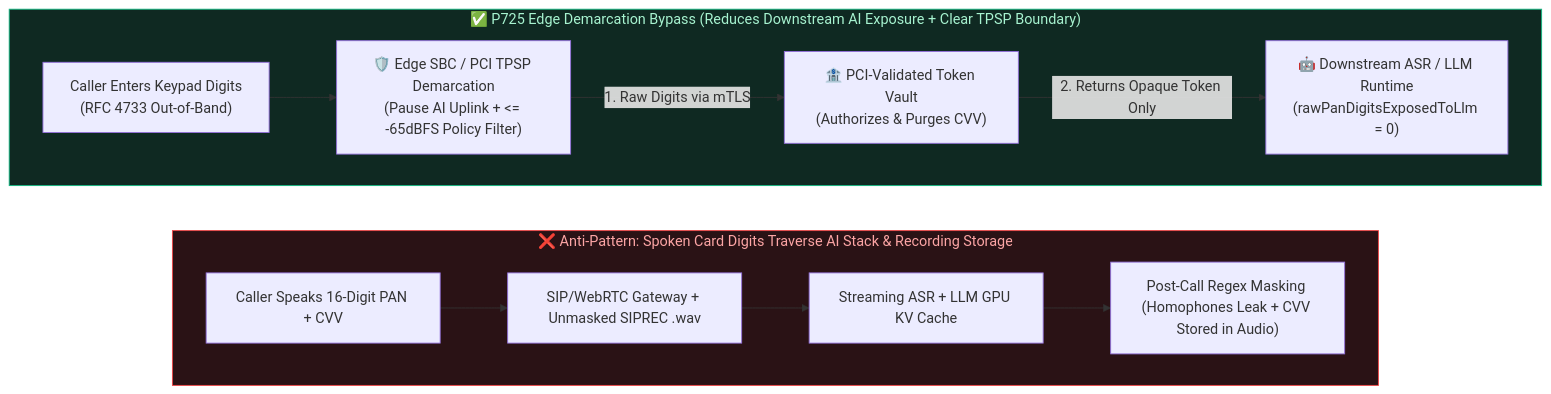
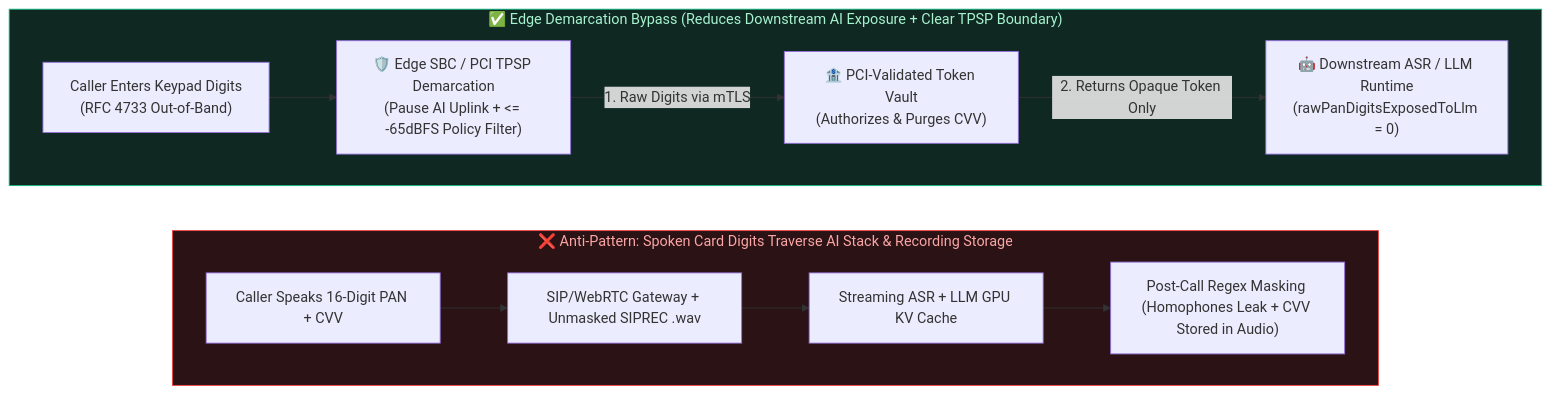
One commit to turbo998/voice-agent-lab changed the second of 3 diagrams in docs/voice-pci-dtmf-scope-faq.en.md. Above: the diagram before and after it, drawn with Mermaid. The commit also changed other lines of this file and 715 other files, not shown here.

````diff
--- a/docs/voice-pci-dtmf-scope-faq.en.md
+++ b/docs/voice-pci-dtmf-scope-faq.en.md
@@ -82,19 +82,19 @@
 ```mermaid
 flowchart LR
-    subgraph ExposedFlow["❌ Anti-Pattern: Spoken Card Digits Traverse AI Stack & Recording Storage"]
-        direction LR
-        X1["Caller Speaks 16-Digit PAN + CVV"] --> X2["SIP/WebRTC Gateway + Unmasked SIPREC .wav"]
-        X2 --> X3["Streaming ASR + LLM GPU KV Cache"]
-        X3 --> X4["Post-Call Regex Masking (Homophones Leak + CVV Stored in Audio)"]
-    end
+ subgraph ExposedFlow["❌ Anti-Pattern: Spoken Card Digits Traverse AI Stack & Recording Storage"]
+ direction LR
+ X1["Caller Speaks 16-Digit PAN + CVV"] --> X2["SIP/WebRTC Gateway + Unmasked SIPREC .wav"]
+ X2 --> X3["Streaming ASR + LLM GPU KV Cache"]
+ X3 --> X4["Post-Call Regex Masking (Homophones Leak + CVV Stored in Audio)"]
+ end
 
-    subgraph DemarcatedFlow["✅ P725 Edge Demarcation Bypass (Reduces Downstream AI Exposure + Clear TPSP Boundary)"]
-        direction LR
-        Y1["Caller Enters Keypad Digits<br/>(RFC 4733 Out-of-Band)"] --> Y2["🛡️ Edge SBC / PCI TPSP Demarcation<br/>(Pause AI Uplink + <= -65dBFS Policy Filter)"]
-        Y2 -- "1. Raw Digits via mTLS" --> Y3["🏦 PCI-Validated Token Vault<br/>(Authorizes & Purges CVV)"]
-        Y3 -- "2. Returns Opaque Token Only" --> Y4["🤖 Downstream ASR / LLM Runtime<br/>(rawPanDigitsExposedToLlm = 0)"]
-    end
+ subgraph DemarcatedFlow["✅ Edge Demarcation Bypass (Reduces Downstream AI Exposure + Clear TPSP Boundary)"]
+ direction LR
+ Y1["Caller Enters Keypad Digits<br/>(RFC 4733 Out-of-Band)"] --> Y2["🛡️ Edge SBC / PCI TPSP Demarcation<br/>(Pause AI Uplink + <= -65dBFS Policy Filter)"]
+ Y2 -- "1. Raw Digits via mTLS" --> Y3["🏦 PCI-Validated Token Vault<br/>(Authorizes & Purges CVV)"]
+ Y3 -- "2. Returns Opaque Token Only" --> Y4["🤖 Downstream ASR / LLM Runtime<br/>(rawPanDigitsExposedToLlm = 0)"]
+ end
 
-    style ExposedFlow fill:#2a1215,stroke:#ef4444,color:#fca5a5
-    style DemarcatedFlow fill:#0f2922,stroke:#10b981,color:#a7f3d0
+ style ExposedFlow fill:#2a1215,stroke:#ef4444,color:#fca5a5
+ style DemarcatedFlow fill:#0f2922,stroke:#10b981,color:#a7f3d0
 ```
````
